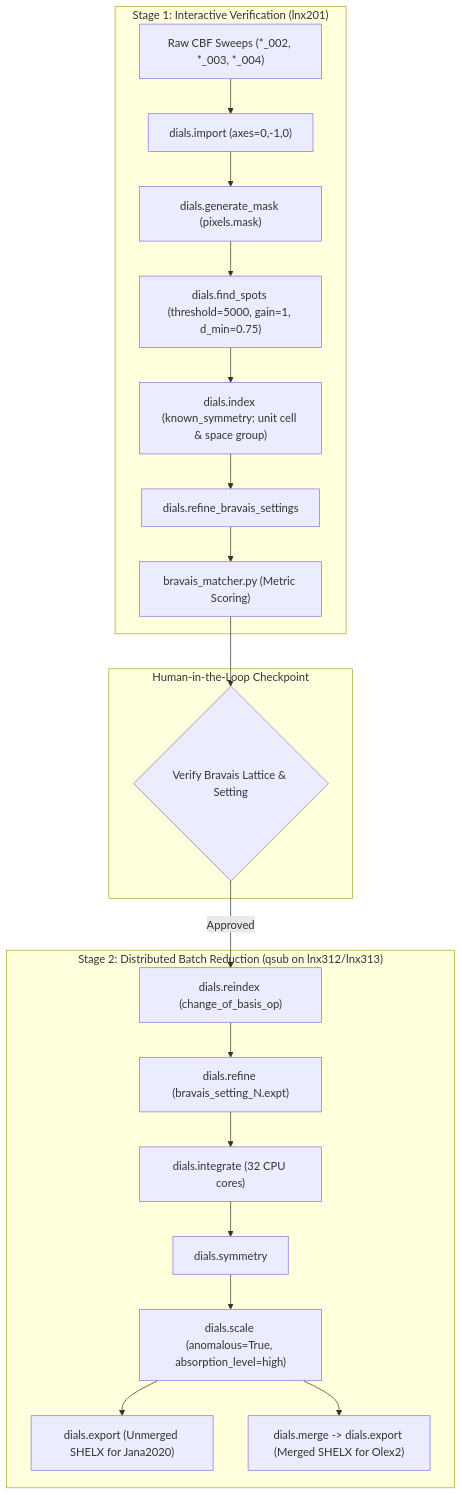
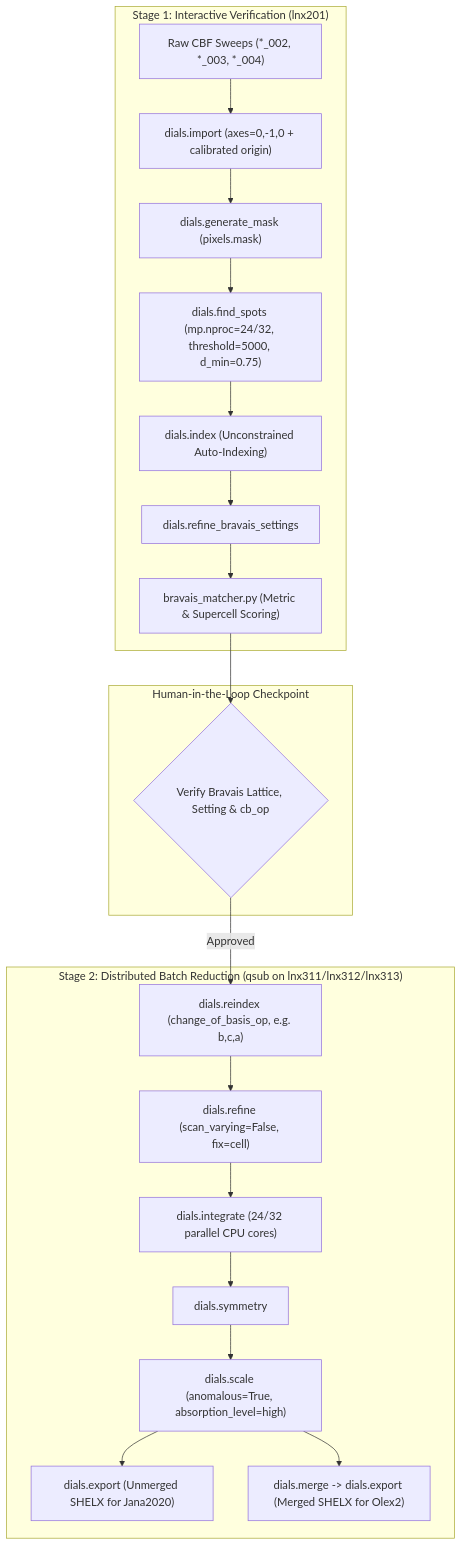
The diagram in chess-dials-reduction/SKILL.md (stevenjgomez/chess-qm2-ai-skills), drawn with Mermaid before and after one commit. The commit also changed other lines of this file and 1 other file, not shown here.

Commit message:
feat(dials): add chess-dials-reduction skill with calibrated geometry and failure resilience

````diff
--- a/chess-dials-reduction/SKILL.md
+++ b/chess-dials-reduction/SKILL.md
@@ -65,25 +81,25 @@
 ```mermaid
 flowchart TD
     subgraph Stage1["Stage 1: Interactive Verification (lnx201)"]
-        A["Raw CBF Sweeps (*_002, *_003, *_004)"] --> B["dials.import (axes=0,-1,0)"]
+        A["Raw CBF Sweeps (*_002, *_003, *_004)"] --> B["dials.import (axes=0,-1,0 + calibrated origin)"]
         B --> C["dials.generate_mask (pixels.mask)"]
-        C --> D["dials.find_spots (threshold=5000, gain=1, d_min=0.75)"]
-        D --> E["dials.index (known_symmetry: unit cell & space group)"]
+        C --> D["dials.find_spots (mp.nproc=24/32, threshold=5000, d_min=0.75)"]
+        D --> E["dials.index (Unconstrained Auto-Indexing)"]
         E --> F["dials.refine_bravais_settings"]
-        F --> G["bravais_matcher.py (Metric Scoring)"]
+        F --> G["bravais_matcher.py (Metric & Supercell Scoring)"]
     end
 
     subgraph Gate["Human-in-the-Loop Checkpoint"]
-        G --> H{"Verify Bravais Lattice & Setting"}
+        G --> H{"Verify Bravais Lattice, Setting & cb_op"}
     end
 
-    subgraph Stage2["Stage 2: Distributed Batch Reduction (qsub on lnx312/lnx313)"]
-        H -->|Approved| I["dials.reindex (change_of_basis_op)"]
-        I --> J["dials.refine (bravais_setting_N.expt)"]
-        J --> K["dials.integrate (32 CPU cores)"]
+    subgraph Stage2["Stage 2: Distributed Batch Reduction (qsub on lnx311/lnx312/lnx313)"]
+        H -->|Approved| I["dials.reindex (change_of_basis_op, e.g. b,c,a)"]
+        I --> J["dials.refine (scan_varying=False, fix=cell)"]
+        J --> K["dials.integrate (24/32 parallel CPU cores)"]
         K --> L["dials.symmetry"]
         L --> M["dials.scale (anomalous=True, absorption_level=high)"]
         M --> N["dials.export (Unmerged SHELX for Jana2020)"]
         M --> O["dials.merge -> dials.export (Merged SHELX for Olex2)"]
     end
 ```
````
